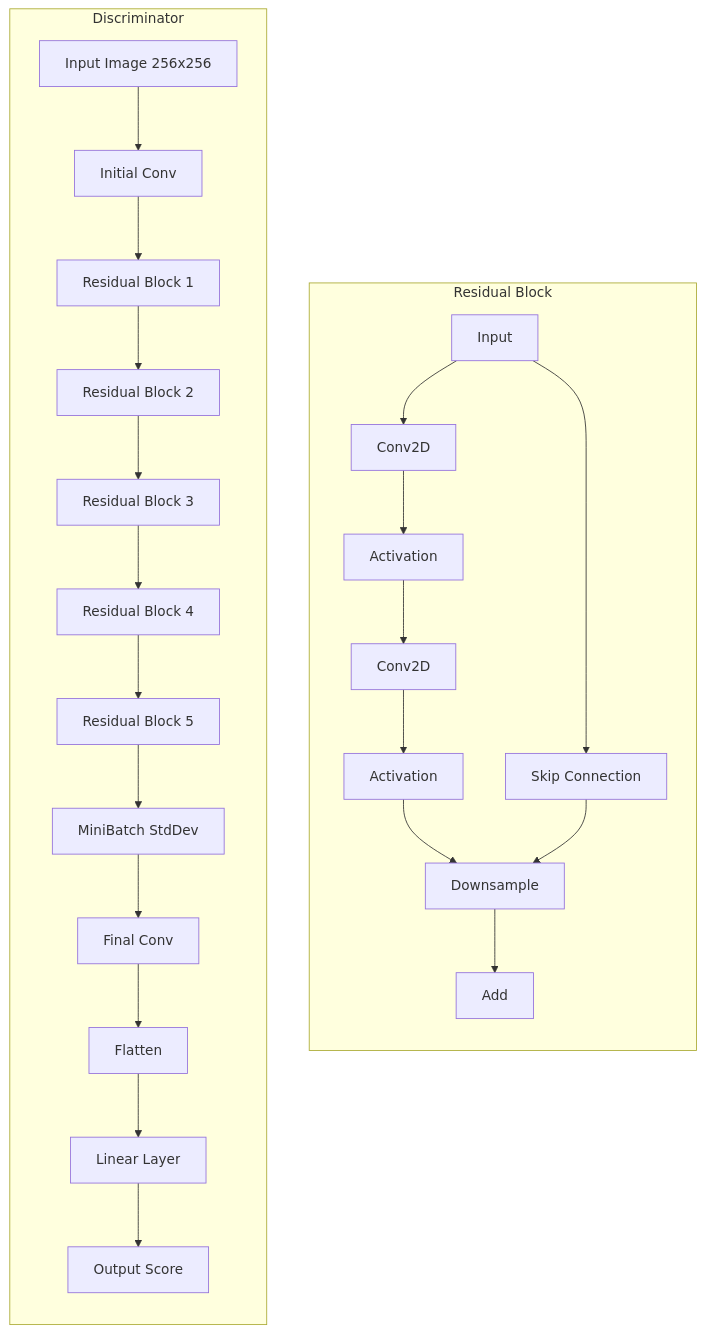
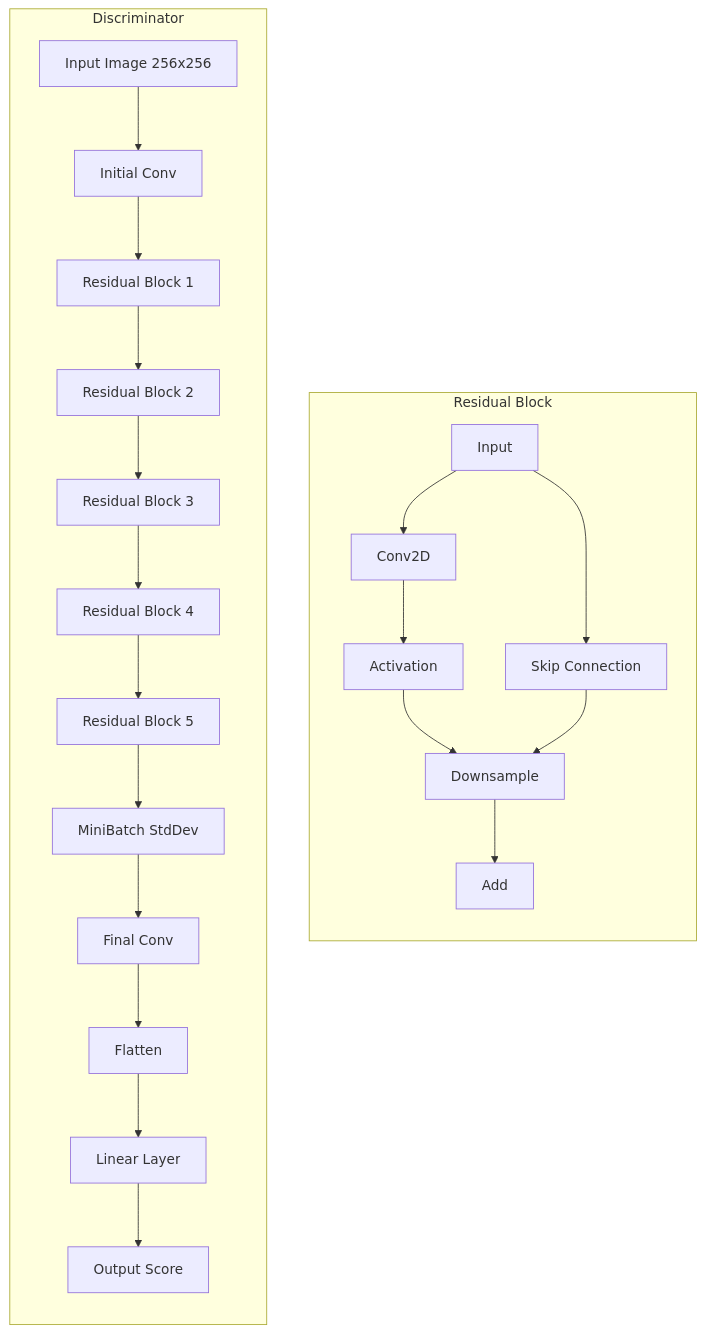
Before and after one commit to shakes76/PatternAnalysis-2024: the second of 2 diagrams in recognition/45836769_styleGan2/README.md, drawn with Mermaid.

Commit message:
Update readme graphs of new residual block.

````diff
--- a/recognition/45836769_styleGan2/README.md
+++ b/recognition/45836769_styleGan2/README.md
@@ -68,29 +68,27 @@
 ```mermaid
 graph TB
 subgraph "Residual Block"
     direction TB
     In1["Input"] --> C1["Conv2D"]
     In1 --> SC["Skip Connection"]
     C1 --> A1["Activation"]
-    A1 --> C2["Conv2D"]
-    C2 --> A2["Activation"]
-    A2 --> DS["Downsample"]
+    A1 --> DS["Downsample"]
     SC --> DS
     DS --> Add["Add"]
 end
 
 subgraph "Discriminator"
     direction TB
     In["Input Image 256x256"] --> IC["Initial Conv"]
     IC --> RB1["Residual Block 1"]
     RB1 --> RB2["Residual Block 2"]
     RB2 --> RB3["Residual Block 3"]
     RB3 --> RB4["Residual Block 4"]
     RB4 --> RB5["Residual Block 5"]
     RB5 --> MSD["MiniBatch StdDev"]
     MSD --> FC["Final Conv"]
     FC --> FL["Flatten"]
     FL --> LL["Linear Layer"]
     LL --> Out["Output Score"]
 end
 ```
````
